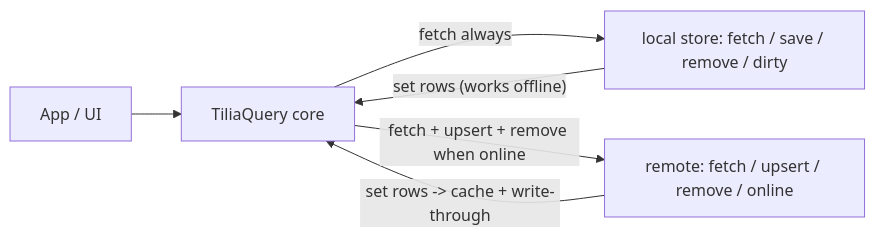
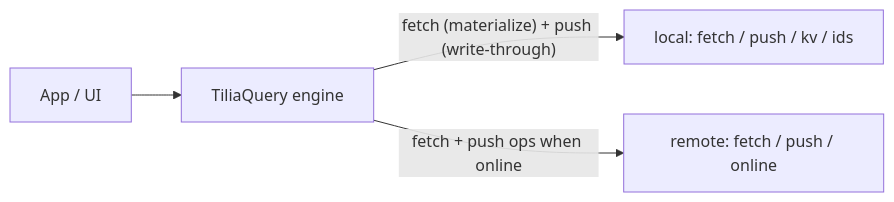
Before and after one commit to tiliajs/tilia: the diagram in query/README.md, drawn with Mermaid. The commit also changed other lines of this file and 5 other files, not shown here.

````diff
--- a/query/README.md
+++ b/query/README.md
@@ -44,8 +53,6 @@
 ```mermaid
 flowchart LR
-  app[App / UI] --> core[TiliaQuery core]
-  core -->|"fetch always"| localStore["local store: fetch / save / remove / dirty"]
-  core -->|"fetch + upsert + remove when online"| remoteStore["remote: fetch / upsert / remove / online"]
-  localStore -->|"set rows (works offline)"| core
-  remoteStore -->|"set rows -> cache + write-through"| core
+  app[App / UI] --> engine[TiliaQuery engine]
+  engine -->|"fetch (materialize) + push (write-through)"| localStore["local: fetch / push / kv / ids"]
+  engine -->|"fetch + push ops when online"| remoteStore["remote: fetch / push / online"]
 ```
````
